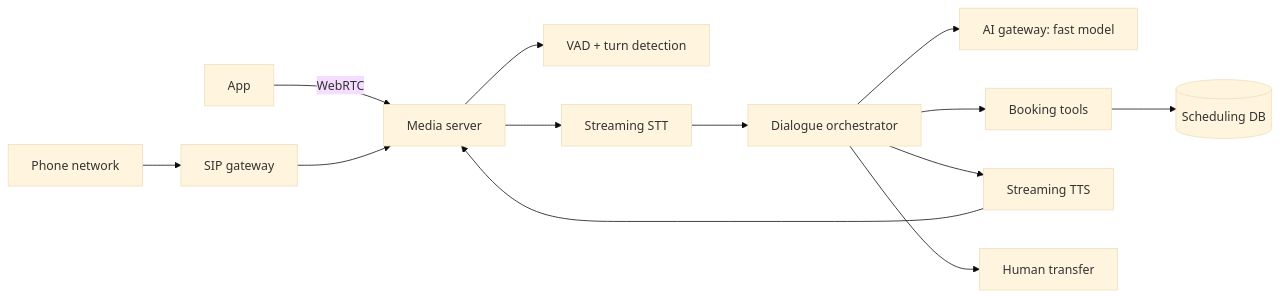
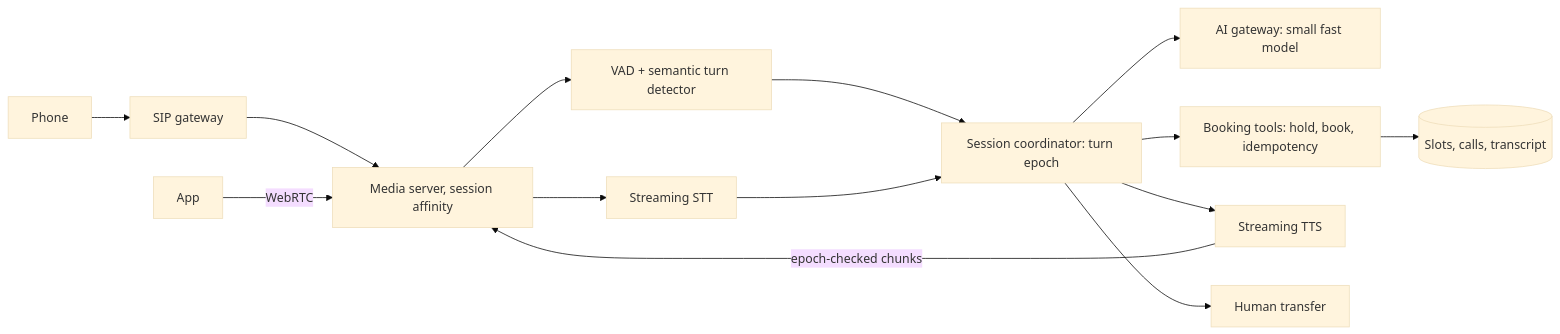
Before and after one commit to zekkrron/cs-knowledge-base: the first of 5 diagrams in Agentic/Problems/04 - Voice Booking Agent.md, drawn with Mermaid (base theme). The commit also changed other lines of this file and 46 other files, not shown here.

````diff
--- a/Agentic/Problems/04 - Voice Booking Agent.md
+++ b/Agentic/Problems/04 - Voice Booking Agent.md
@@ -25,15 +113,15 @@
 ```mermaid
 flowchart LR
-    PSTN[Phone network] --> SIP[SIP gateway]
-    APP[App] -->|WebRTC| MEDIA[Media server]
-    SIP --> MEDIA
-    MEDIA --> VAD[VAD + turn detection]
+    PSTN[Phone] --> SIP[SIP gateway] --> MEDIA[Media server, session affinity]
+    APP[App] -->|WebRTC| MEDIA
+    MEDIA --> VAD[VAD + semantic turn detector]
     MEDIA --> STT[Streaming STT]
-    STT --> ORC[Dialogue orchestrator]
-    ORC --> GW[AI gateway: fast model]
-    ORC --> TOOLS[Booking tools]
-    TOOLS --> SCH[(Scheduling DB)]
-    ORC --> TTS[Streaming TTS]
-    TTS --> MEDIA
-    ORC --> HUM[Human transfer]
+    VAD --> SC[Session coordinator: turn epoch]
+    STT --> SC
+    SC --> GW[AI gateway: small fast model]
+    SC --> TOOLS[Booking tools: hold, book, idempotency]
+    TOOLS --> PG[(Slots, calls, transcript)]
+    SC --> TTS[Streaming TTS]
+    TTS -->|epoch-checked chunks| MEDIA
+    SC --> HQ[Human transfer]
 ```
````
